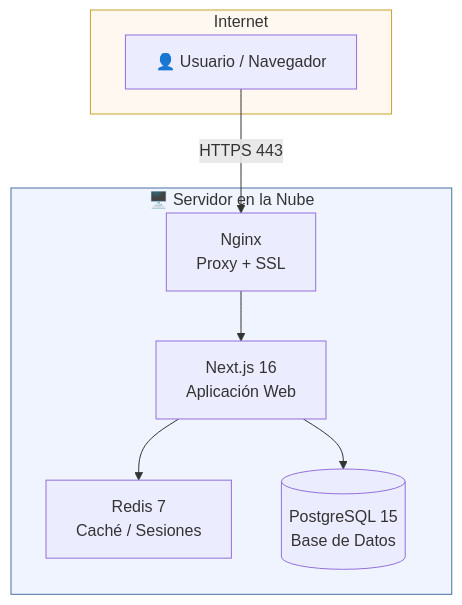
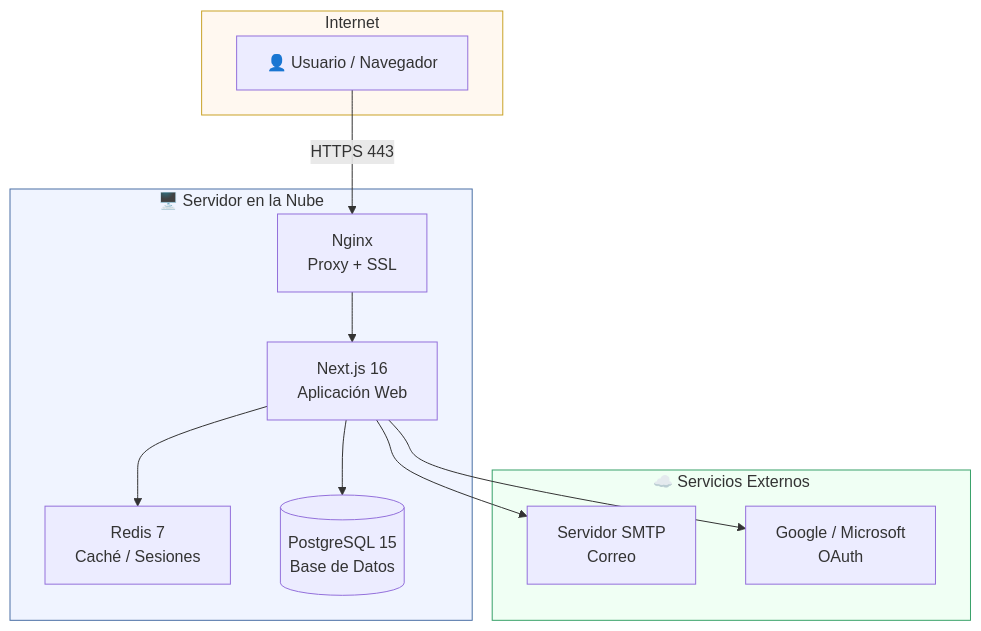
Before and after one commit to CosmeSoto/Tickets: the fourth of 6 diagrams in docs/ALCANCE_DEL_PROYECTO.md, drawn with Mermaid. The commit also changed other lines of this file, not shown here.

````diff
--- a/docs/ALCANCE_DEL_PROYECTO.md
+++ b/docs/ALCANCE_DEL_PROYECTO.md
@@ -166,21 +290,29 @@
 ```mermaid
 graph TB
     subgraph Internet
         USR[👤 Usuario / Navegador]
     end
 
     subgraph Servidor["🖥️ Servidor en la Nube"]
         NGX[Nginx<br/>Proxy + SSL]
         APP[Next.js 16<br/>Aplicación Web]
         RDS[Redis 7<br/>Caché / Sesiones]
         PG[(PostgreSQL 15<br/>Base de Datos)]
     end
 
+    subgraph Externo["☁️ Servicios Externos"]
+        SMTP[Servidor SMTP<br/>Correo]
+        OAUTH[Google / Microsoft<br/>OAuth]
+    end
+
     USR -->|HTTPS 443| NGX
     NGX --> APP
     APP --> RDS
     APP --> PG
+    APP --> SMTP
+    APP --> OAUTH
 
     style Servidor fill:#f0f4ff,stroke:#4a6fa5
     style Internet fill:#fff8f0,stroke:#c9a227
+    style Externo fill:#f0fff4,stroke:#38a169
 ```
````
